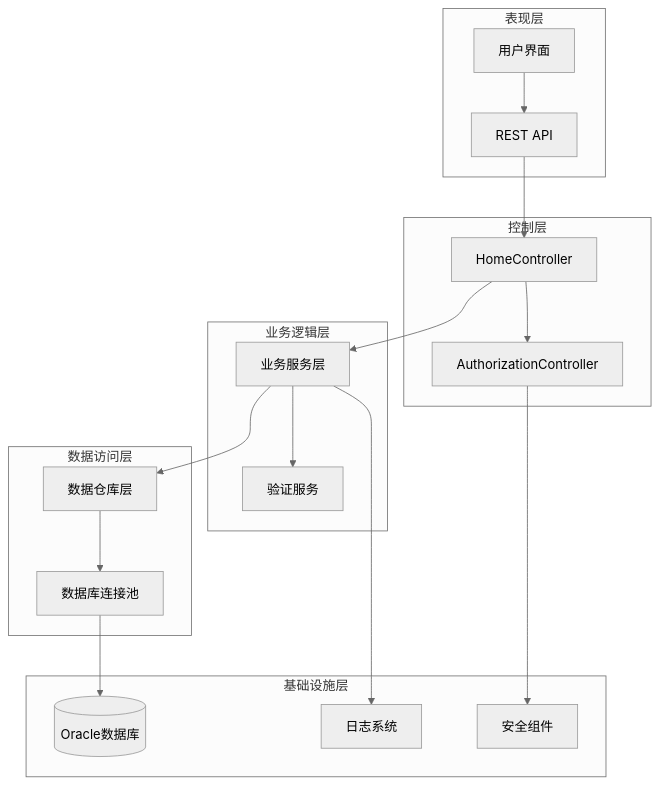
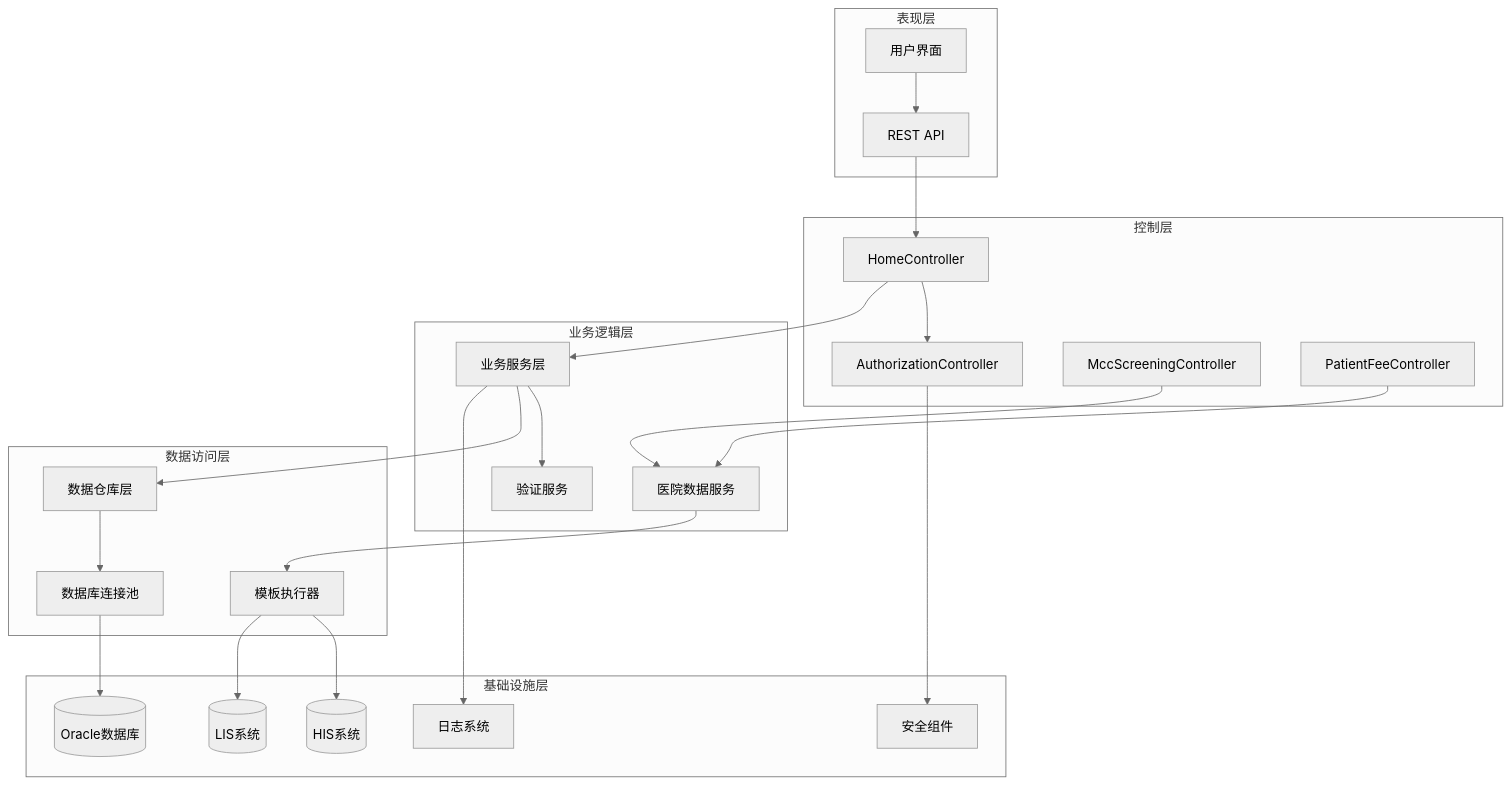
One commit to liuzh2008/med_ai_assistant_workspace changed the second of 9 diagrams in .qoder/repowiki/zh/content/核心功能模块/患者数据管理系统.md. Above: the diagram before and after it, drawn with Mermaid (neutral theme). The commit also changed other lines of this file and 2 other files, not shown here.

````diff
--- a/.qoder/repowiki/zh/content/核心功能模块/患者数据管理系统.md
+++ b/.qoder/repowiki/zh/content/核心功能模块/患者数据管理系统.md
@@ -118,34 +150,45 @@
 ```mermaid
 graph TB
 subgraph "表现层"
 UI[用户界面]
 API[REST API]
 end
 subgraph "控制层"
 HC[HomeController]
 AC[AuthorizationController]
+MC[MccScreeningController]
+PFC[PatientFeeController]
 end
 subgraph "业务逻辑层"
 BS[业务服务层]
 VA[验证服务]
+HS[医院数据服务]
 end
 subgraph "数据访问层"
 DR[数据仓库层]
 DC[数据库连接池]
+TE[模板执行器]
 end
 subgraph "基础设施层"
 DB[(Oracle数据库)]
 LOG[日志系统]
 SEC[安全组件]
+HIS[(HIS系统)]
+LIS[(LIS系统)]
 end
 UI --> API
 API --> HC
 HC --> AC
 HC --> BS
+MC --> HS
+PFC --> HS
 BS --> VA
 BS --> DR
 DR --> DC
 DC --> DB
+HS --> TE
+TE --> HIS
+TE --> LIS
 BS --> LOG
 AC --> SEC
 ```
````
